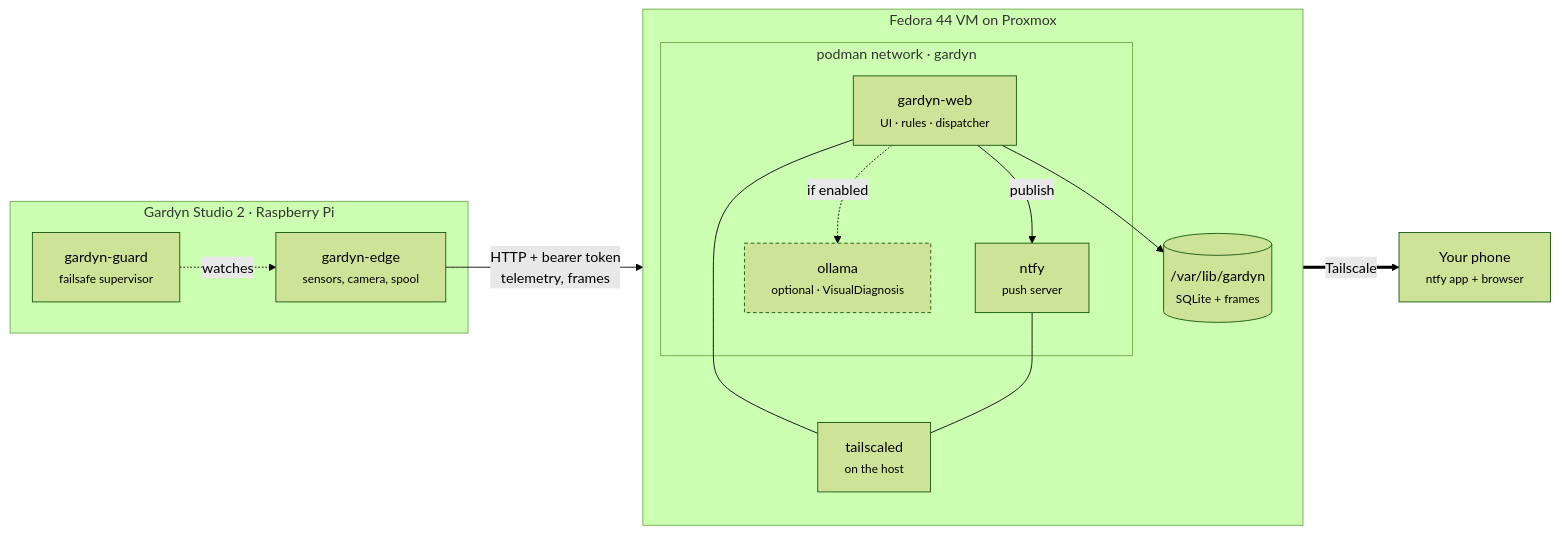
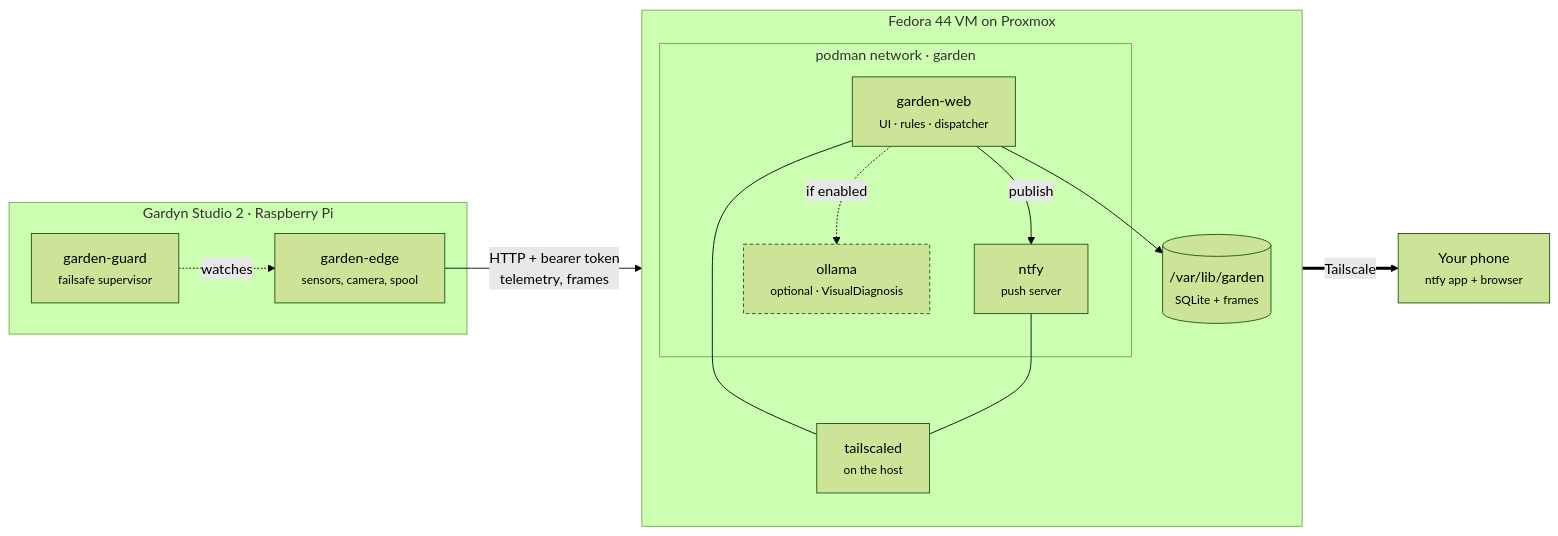
Before and after one commit to aero530/garden_monitor: the first of 2 diagrams in DEPLOYMENT.md, drawn with Mermaid (forest theme). The commit also changed other lines of this file and 272 other files, not shown here.

First line of the commit message:
Rename the project from gardyn to garden

````diff
--- a/DEPLOYMENT.md
+++ b/DEPLOYMENT.md
@@ -18,32 +18,32 @@
 ```mermaid
 flowchart LR
   subgraph pi["Gardyn Studio 2 · Raspberry Pi"]
-    edge["gardyn-edge<br/><small>sensors, camera, spool</small>"]
-    guard["gardyn-guard<br/><small>failsafe supervisor</small>"]
+    edge["garden-edge<br/><small>sensors, camera, spool</small>"]
+    guard["garden-guard<br/><small>failsafe supervisor</small>"]
   end
 
   subgraph vm["Fedora 44 VM on Proxmox"]
     direction TB
-    subgraph net["podman network · gardyn"]
-      web["gardyn-web<br/><small>UI · rules · dispatcher</small>"]
+    subgraph net["podman network · garden"]
+      web["garden-web<br/><small>UI · rules · dispatcher</small>"]
       ntfy["ntfy<br/><small>push server</small>"]
       ollama["ollama<br/><small>optional · VisualDiagnosis</small>"]
     end
-    disk[("/var/lib/gardyn<br/><small>SQLite + frames</small>")]
+    disk[("/var/lib/garden<br/><small>SQLite + frames</small>")]
     ts["tailscaled<br/><small>on the host</small>"]
   end
 
   phone["Your phone<br/><small>ntfy app + browser</small>"]
 
   edge -->|"HTTP + bearer token<br/>telemetry, frames"| web
   guard -.->|"watches"| edge
   web --> disk
   web -->|"publish"| ntfy
   web -.->|"if enabled"| ollama
   web --- ts
   ntfy --- ts
   ts ==>|"Tailscale"| phone
 
   classDef opt stroke-dasharray: 4 3
   class ollama opt
 ```
````
